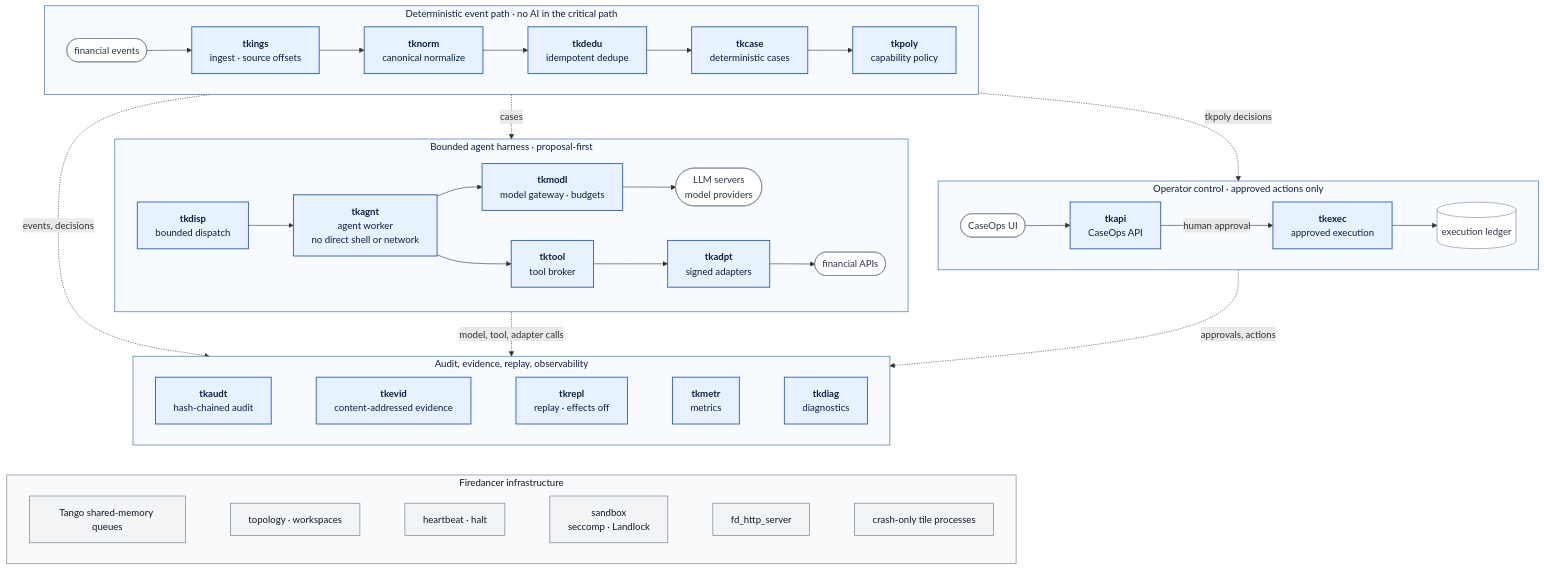
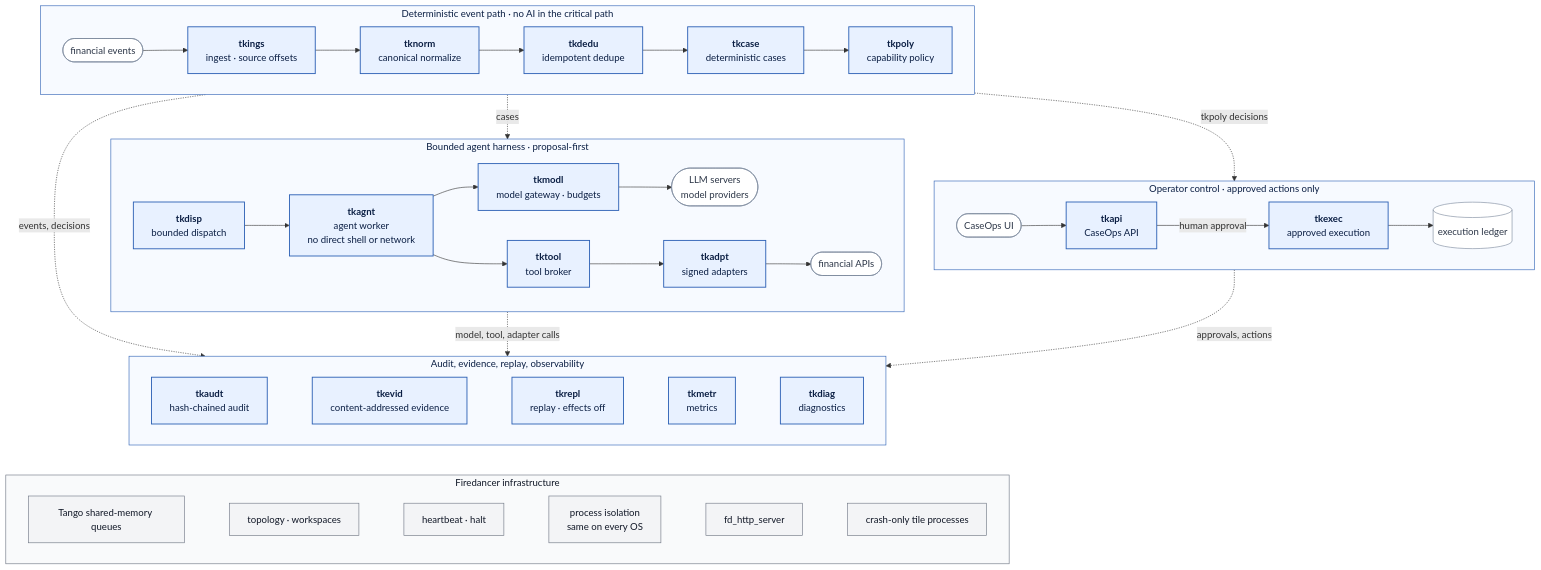
Before and after one commit to deeprnd/tickoni: the diagram in doc/knowledge/diagrams/tile-architecture.md, drawn with Mermaid. The commit also changed 78 other files, not shown here.

````diff
--- a/doc/knowledge/diagrams/tile-architecture.md
+++ b/doc/knowledge/diagrams/tile-architecture.md
@@ -17,80 +17,80 @@
 ```mermaid
 flowchart TB
   subgraph events["Deterministic event path · no AI in the critical path"]
     direction LR
     src(["financial events"])
     tkings["<b>tkings</b><br/>ingest · source offsets"]
     tknorm["<b>tknorm</b><br/>canonical normalize"]
     tkdedu["<b>tkdedu</b><br/>idempotent dedupe"]
     tkcase["<b>tkcase</b><br/>deterministic cases"]
     tkpoly["<b>tkpoly</b><br/>capability policy"]
     src --> tkings --> tknorm --> tkdedu --> tkcase --> tkpoly
   end
 
   subgraph agents["Bounded agent harness · proposal-first"]
     direction LR
     tkdisp["<b>tkdisp</b><br/>bounded dispatch"]
     tkagnt["<b>tkagnt</b><br/>agent worker<br/>no direct shell or network"]
     tkmodl["<b>tkmodl</b><br/>model gateway · budgets"]
     tktool["<b>tktool</b><br/>tool broker"]
     tkadpt["<b>tkadpt</b><br/>signed adapters"]
     llm(["LLM servers<br/>model providers"])
     apis(["financial APIs"])
     tkdisp --> tkagnt
     tkagnt --> tkmodl --> llm
     tkagnt --> tktool --> tkadpt --> apis
   end
 
   subgraph control["Operator control · approved actions only"]
     direction LR
     ui(["CaseOps UI"])
     tkapi["<b>tkapi</b><br/>CaseOps API"]
     tkexec["<b>tkexec</b><br/>approved execution"]
     ledger[("execution ledger")]
     ui --> tkapi
     tkapi -- "human approval" --> tkexec
     tkexec --> ledger
   end
 
   subgraph record["Audit, evidence, replay, observability"]
     direction LR
     tkaudt["<b>tkaudt</b><br/>hash-chained audit"]
     tkevid["<b>tkevid</b><br/>content-addressed evidence"]
     tkrepl["<b>tkrepl</b><br/>replay · effects off"]
     tkmetr["<b>tkmetr</b><br/>metrics"]
     tkdiag["<b>tkdiag</b><br/>diagnostics"]
     tkaudt ~~~ tkevid ~~~ tkrepl ~~~ tkmetr ~~~ tkdiag
   end
 
   subgraph substrate["Firedancer infrastructure"]
     direction LR
     tango["Tango shared-memory queues"]
     topo["topology · workspaces"]
     cnc["heartbeat · halt"]
-    sandbox["sandbox<br/>seccomp · Landlock"]
+    sandbox["process isolation<br/>same on every OS"]
     http["fd_http_server"]
     crash["crash-only tile processes"]
     tango ~~~ topo ~~~ cnc ~~~ sandbox ~~~ http ~~~ crash
   end
 
   events -. "cases" .-> agents
   events -. "tkpoly decisions" .-> control
   events -. "events, decisions" .-> record
   agents -. "model, tool, adapter calls" .-> record
   control -. "approvals, actions" .-> record
   record ~~~ substrate
 
   classDef tile fill:#e8f1ff,stroke:#2b5fb4,stroke-width:1.5px,color:#0b1f44
   classDef external fill:#ffffff,stroke:#7a869a,stroke-width:1px,color:#2d3748
   classDef infra fill:#f3f4f6,stroke:#6b7280,stroke-width:1px,color:#111827
 
   class tkings,tknorm,tkdedu,tkcase,tkpoly,tkdisp,tkagnt,tkmodl,tktool,tkadpt,tkapi,tkexec,tkaudt,tkevid,tkrepl,tkmetr,tkdiag tile
   class src,llm,apis,ui,ledger external
   class tango,topo,cnc,sandbox,http,crash infra
 
   style events fill:#f7faff,stroke:#2b5fb4,color:#0b1f44
   style agents fill:#f7faff,stroke:#2b5fb4,color:#0b1f44
   style control fill:#f7faff,stroke:#2b5fb4,color:#0b1f44
   style record fill:#f7faff,stroke:#2b5fb4,color:#0b1f44
   style substrate fill:#f9fafb,stroke:#6b7280,color:#111827
 ```
````
